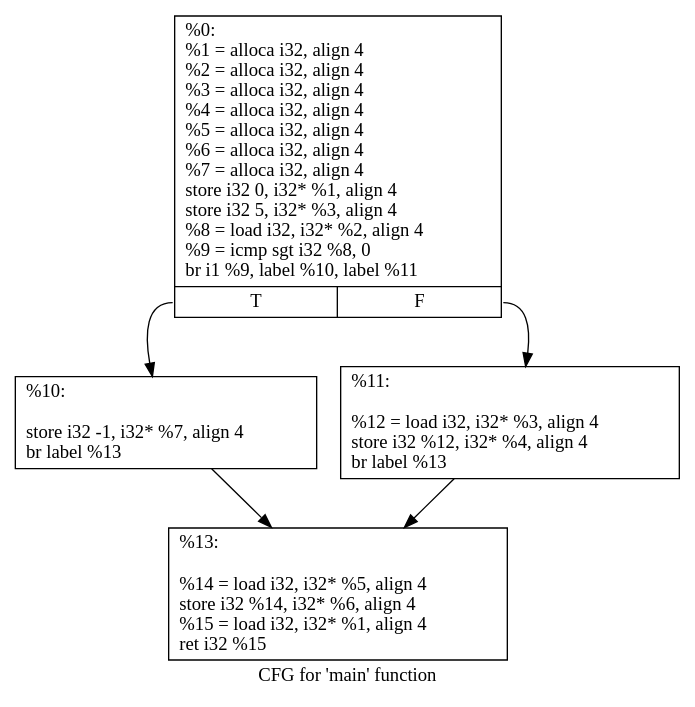
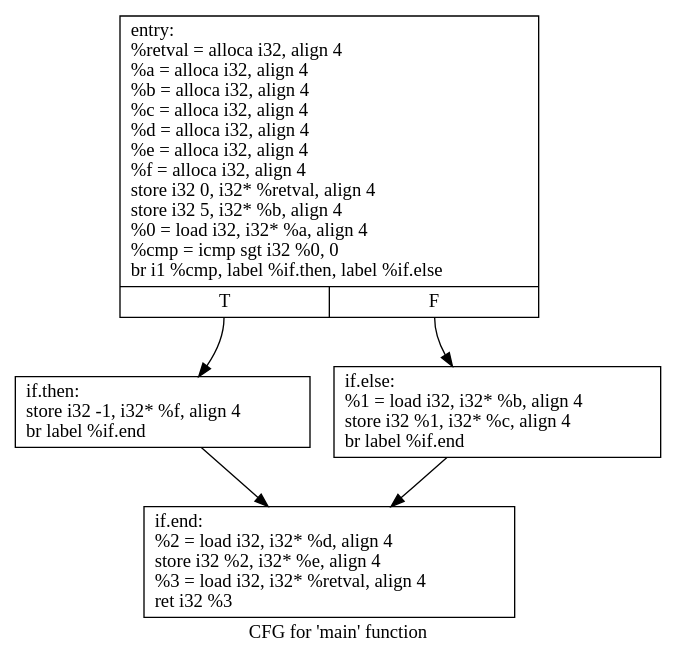
The diagram in graphs/assignment1-task2.dot (hjw95/program-analysis), drawn with Graphviz before and after one commit. The commit also changed 18 other files, not shown here.

Commit message:
Add graph for assignment 2

```diff
--- a/graphs/assignment1-task2.dot
+++ b/graphs/assignment1-task2.dot
@@ -1,12 +1,12 @@
 digraph "CFG for 'main' function" {
 	label="CFG for 'main' function";
 
-	Node0x5608f92a6730 [shape=record,label="{%0:\l  %1 = alloca i32, align 4\l  %2 = alloca i32, align 4\l  %3 = alloca i32, align 4\l  %4 = alloca i32, align 4\l  %5 = alloca i32, align 4\l  %6 = alloca i32, align 4\l  %7 = alloca i32, align 4\l  store i32 0, i32* %1, align 4\l  store i32 5, i32* %3, align 4\l  %8 = load i32, i32* %2, align 4\l  %9 = icmp sgt i32 %8, 0\l  br i1 %9, label %10, label %11\l|{<s0>T|<s1>F}}"];
-	Node0x5608f92a6730:s0 -> Node0x5608f92a6fd0;
-	Node0x5608f92a6730:s1 -> Node0x5608f92a7340;
-	Node0x5608f92a6fd0 [shape=record,label="{%10:\l\l  store i32 -1, i32* %7, align 4\l  br label %13\l}"];
-	Node0x5608f92a6fd0 -> Node0x5608f92a7480;
-	Node0x5608f92a7340 [shape=record,label="{%11:\l\l  %12 = load i32, i32* %3, align 4\l  store i32 %12, i32* %4, align 4\l  br label %13\l}"];
-	Node0x5608f92a7340 -> Node0x5608f92a7480;
-	Node0x5608f92a7480 [shape=record,label="{%13:\l\l  %14 = load i32, i32* %5, align 4\l  store i32 %14, i32* %6, align 4\l  %15 = load i32, i32* %1, align 4\l  ret i32 %15\l}"];
+	Node0x5642e63d3770 [shape=record,label="{entry:\l  %retval = alloca i32, align 4\l  %a = alloca i32, align 4\l  %b = alloca i32, align 4\l  %c = alloca i32, align 4\l  %d = alloca i32, align 4\l  %e = alloca i32, align 4\l  %f = alloca i32, align 4\l  store i32 0, i32* %retval, align 4\l  store i32 5, i32* %b, align 4\l  %0 = load i32, i32* %a, align 4\l  %cmp = icmp sgt i32 %0, 0\l  br i1 %cmp, label %if.then, label %if.else\l|{<s0>T|<s1>F}}"];
+	Node0x5642e63d3770:s0 -> Node0x5642e63d44d0;
+	Node0x5642e63d3770:s1 -> Node0x5642e63d45a0;
+	Node0x5642e63d44d0 [shape=record,label="{if.then:                                          \l  store i32 -1, i32* %f, align 4\l  br label %if.end\l}"];
+	Node0x5642e63d44d0 -> Node0x5642e63d4720;
+	Node0x5642e63d45a0 [shape=record,label="{if.else:                                          \l  %1 = load i32, i32* %b, align 4\l  store i32 %1, i32* %c, align 4\l  br label %if.end\l}"];
+	Node0x5642e63d45a0 -> Node0x5642e63d4720;
+	Node0x5642e63d4720 [shape=record,label="{if.end:                                           \l  %2 = load i32, i32* %d, align 4\l  store i32 %2, i32* %e, align 4\l  %3 = load i32, i32* %retval, align 4\l  ret i32 %3\l}"];
 }
```
